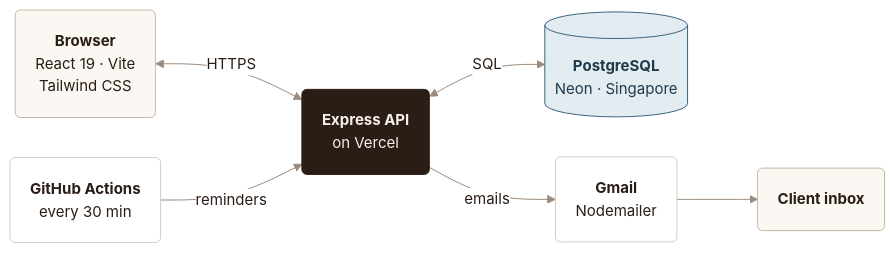
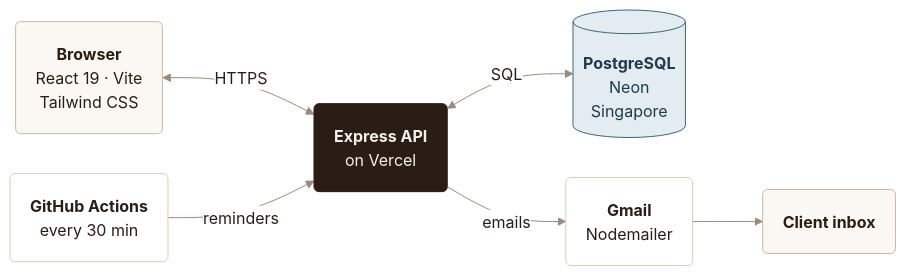
Before and after one commit to ciellamher/revive-pilates-studio: the first of 2 diagrams in docs/07-architecture.md, drawn with Mermaid. The commit also changed other lines of this file, not shown here.

Commit message:
docs: fix cut-off text in flowcharts

````diff
--- a/docs/07-architecture.md
+++ b/docs/07-architecture.md
@@ -11,25 +11,25 @@
 ```mermaid
-%%{init: {"theme": "base", "themeVariables": {"fontFamily": "-apple-system, Segoe UI, Helvetica, Arial, sans-serif", "fontSize": "15px", "primaryColor": "#FBF8F3", "primaryBorderColor": "#E4D9CA", "primaryTextColor": "#2A1D15", "lineColor": "#9C8B7C", "edgeLabelBackground": "#FFFFFF"}, "flowchart": {"curve": "basis", "nodeSpacing": 40, "rankSpacing": 70, "padding": 20}}}%%
+%%{init: {"theme": "base", "themeVariables": {"primaryColor": "#FBF8F3", "primaryBorderColor": "#E4D9CA", "primaryTextColor": "#2A1D15", "lineColor": "#9C8B7C", "edgeLabelBackground": "#FFFFFF"}, "flowchart": {"curve": "basis", "nodeSpacing": 40, "rankSpacing": 70, "padding": 20}}}%%
 flowchart LR
     B("<b>Browser</b><br/>React 19 · Vite<br/>Tailwind CSS")
     A("<b>Express API</b><br/>on Vercel")
-    D[("<b>PostgreSQL</b><br/>Neon · Singapore")]
+    D[("<b>PostgreSQL</b><br/>Neon<br/>Singapore")]
     C("<b>GitHub Actions</b><br/>every 30 min")
     G("<b>Gmail</b><br/>Nodemailer")
     I("<b>Client inbox</b>")
 
     B <-->|HTTPS| A
     A <-->|SQL| D
     C -->|reminders| A
     A -->|emails| G
     G --> I
 
     classDef client fill:#FBF8F3,stroke:#C9B8A3,color:#2A1D15
     classDef hub fill:#2A1D15,stroke:#2A1D15,color:#F5F0E8
     classDef data fill:#E3ECF1,stroke:#3B657F,color:#1F3A4A
     classDef ext fill:#FFFFFF,stroke:#D8CCBF,color:#2A1D15
     class B,I client
     class A hub
     class D data
     class C,G ext
 ```
````
